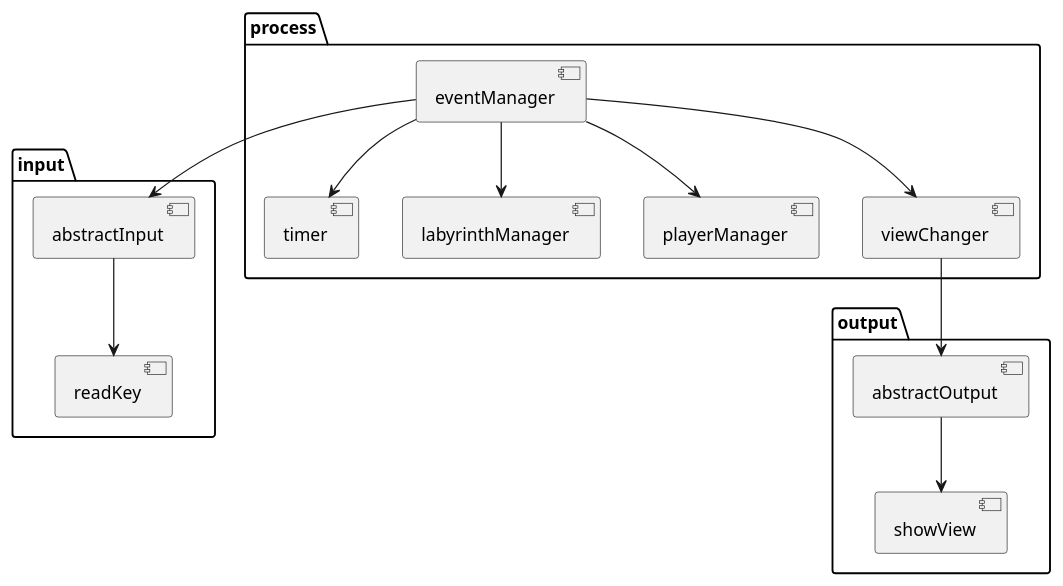
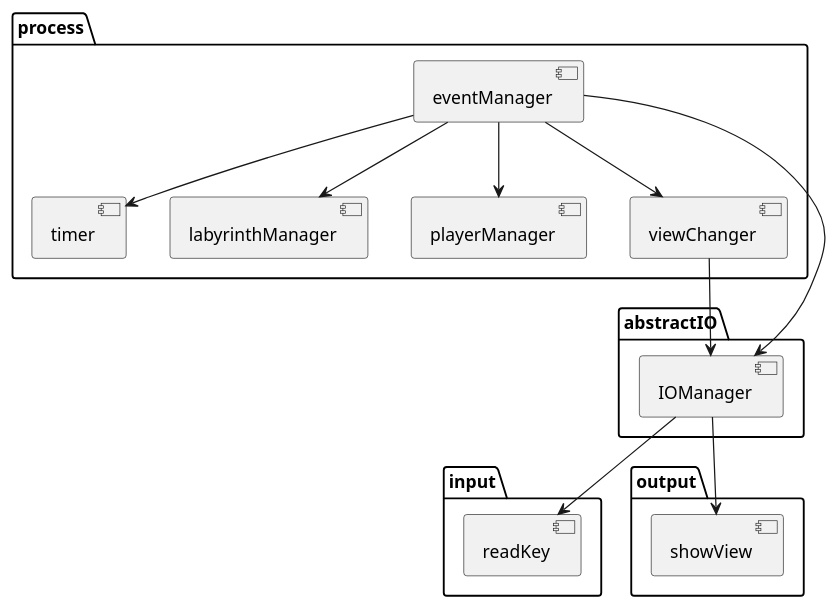
Before and after one commit to horiyoshihiro/LabyrinthGame: the diagram in Component.pu, drawn with PlantUML. The commit also changed 14 other files, not shown here.

Commit message:
アクティビティ図の修正@コメダ

```diff
--- a/Component.pu
+++ b/Component.pu
@@ -1,29 +1,35 @@
 @startuml
+package "abstractIO" {
+    [IOManager]
+}
+
 package "input" {
-    [abstractInput] --> [readKey]
+     [readKey]
 }
+
+[IOManager] --> [readKey]
 
 package "process" {
     [eventManager]
     [timer]
     [labyrinthManager]
     [playerManager]
     [viewChanger]
 }
 
 package "output" {
-    [abstractOutput] --> [showView]
+    [IOManager] --> [showView]
 }
 
-[eventManager]     -->  [abstractInput]
+[eventManager]     -->  [IOManager]
 
 
-[viewChanger]      --> [abstractOutput]     
+[viewChanger]      --> [IOManager]     
 
 [eventManager] --> [timer]
 [eventManager] -->  [playerManager]
 [eventManager] -->  [labyrinthManager]
 [eventManager] -->  [viewChanger]
 
 
 @enduml
```
